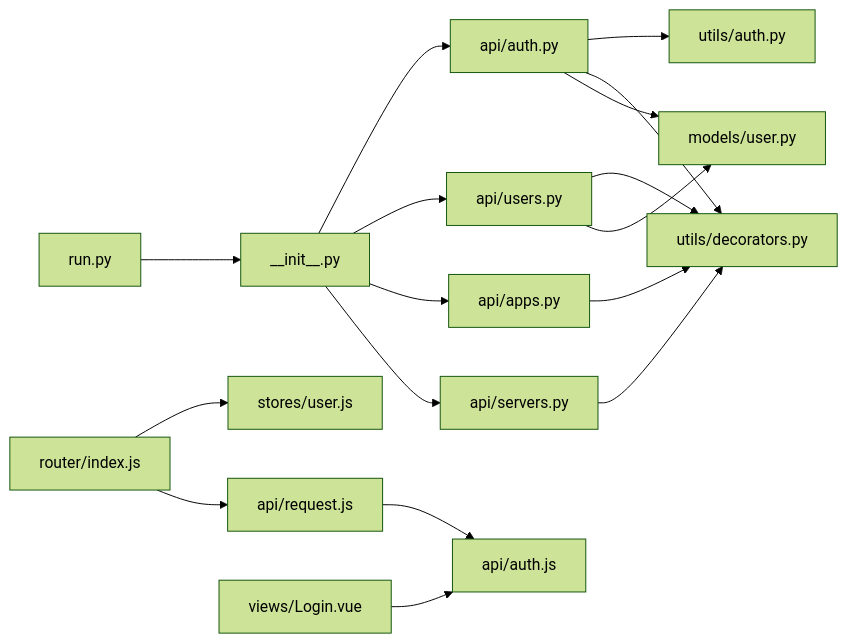
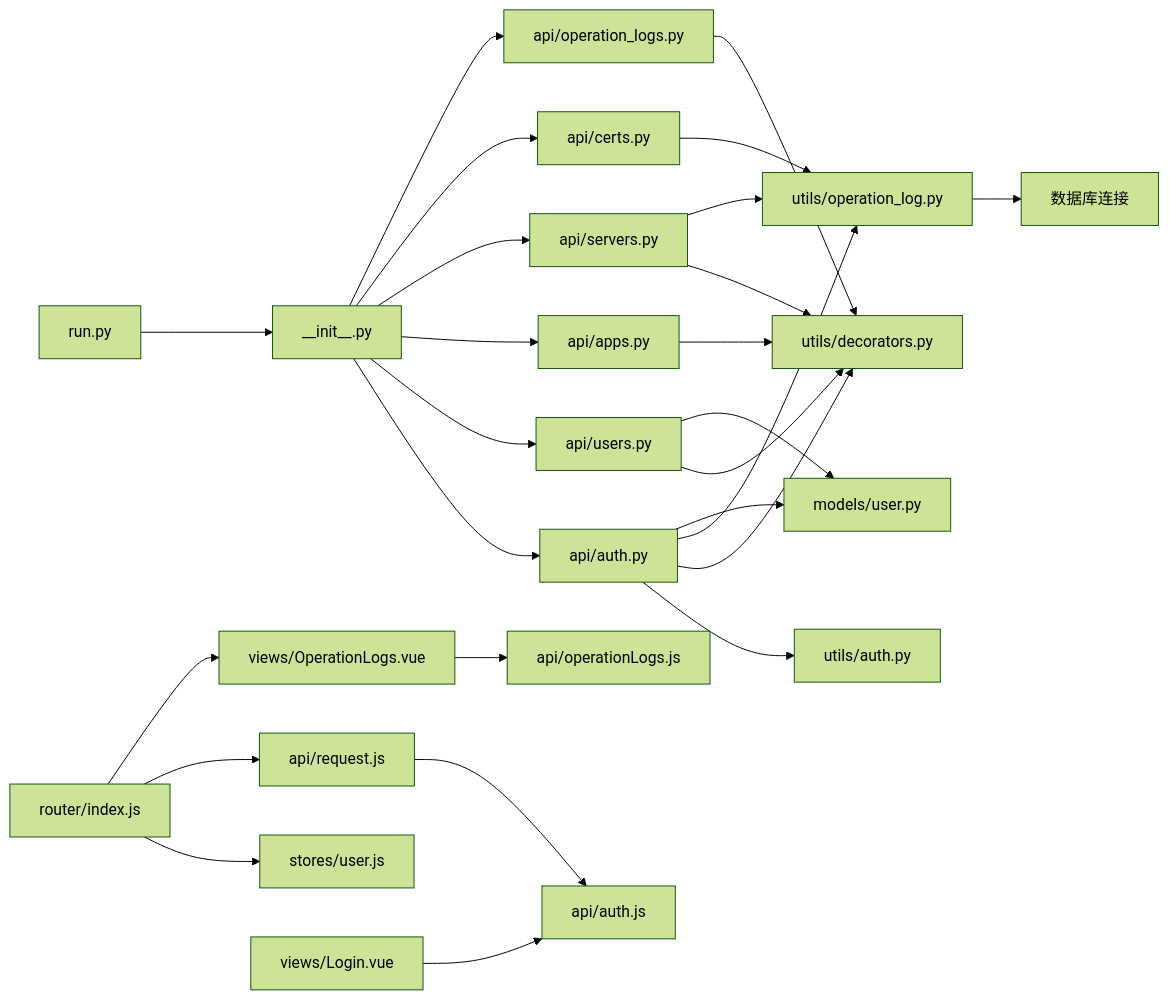
The seventh of 7 diagrams in .qoder/repowiki/zh/content/安全与权限控制.md (ismine3/OPS), drawn with Mermaid (forest theme) before and after one commit. The commit also changed other lines of this file and 39 other files, not shown here.

````diff
--- a/.qoder/repowiki/zh/content/安全与权限控制.md
+++ b/.qoder/repowiki/zh/content/安全与权限控制.md
@@ -304,19 +402,28 @@
 ```mermaid
 graph LR
 Run["run.py"] --> Init["__init__.py"]
 Init --> AuthAPI["api/auth.py"]
 Init --> UsersAPI["api/users.py"]
 Init --> AppsAPI["api/apps.py"]
 Init --> ServersAPI["api/servers.py"]
+Init --> CertsAPI["api/certs.py"]
+Init --> OperationLogsAPI["api/operation_logs.py"]
 AuthAPI --> AuthUtils["utils/auth.py"]
 AuthAPI --> Decorators["utils/decorators.py"]
+AuthAPI --> OperationLogUtils["utils/operation_log.py"]
 UsersAPI --> Decorators
 AppsAPI --> Decorators
 ServersAPI --> Decorators
+ServersAPI --> OperationLogUtils
+CertsAPI --> OperationLogUtils
 AuthAPI --> UserModel["models/user.py"]
 UsersAPI --> UserModel
+OperationLogUtils --> DB["数据库连接"]
+OperationLogsAPI --> Decorators
 FE_Router["router/index.js"] --> FE_Store["stores/user.js"]
 FE_Router --> FE_API["api/request.js"]
+FE_Router --> FE_OperationLogs["views/OperationLogs.vue"]
 FE_API --> FE_AuthAPI["api/auth.js"]
+FE_OperationLogs --> FE_OperationLogsAPI["api/operationLogs.js"]
 FE_Login["views/Login.vue"] --> FE_AuthAPI
 ```
````
